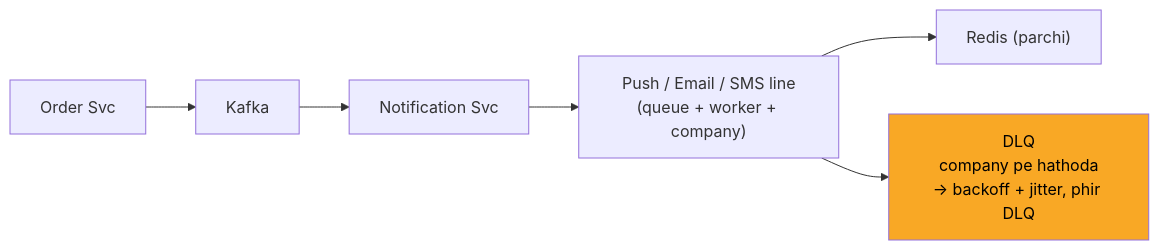
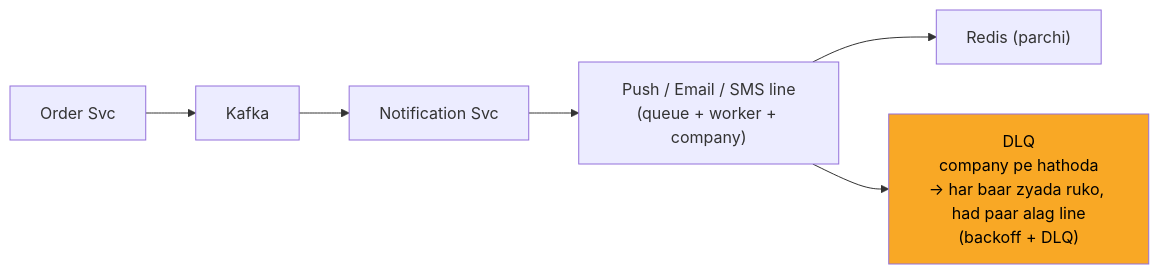
Before and after one commit to ArpanMaheshwari144/Prep: the sixth of 13 diagrams in 04_HLD/SYSTEM_DESIGNS/04_notification_system/04_notification_system.md, drawn with Mermaid. The commit also changed other lines of this file and 13 other files, not shown here.

````diff
--- a/04_HLD/SYSTEM_DESIGNS/04_notification_system/04_notification_system.md
+++ b/04_HLD/SYSTEM_DESIGNS/04_notification_system/04_notification_system.md
@@ -231,15 +231,15 @@
 ```mermaid
 flowchart LR
     n_Order_Svc["Order Svc"]
     n_Kafka["Kafka"]
     n_Notification_Svc["Notification Svc"]
     n_LINES["Push / Email / SMS line<br/>(queue + worker + company)"]
     n_Redis["Redis (parchi)"]
-    n_DLQ["DLQ<br/>company pe hathoda<br/>-> backoff + jitter, phir DLQ"]
+    n_DLQ["DLQ<br/>company pe hathoda<br/>-> har baar zyada ruko, had paar alag line<br/>(backoff + DLQ)"]
     n_Order_Svc --> n_Kafka
     n_Kafka --> n_Notification_Svc
     n_Notification_Svc --> n_LINES
     n_LINES --> n_Redis
     n_LINES --> n_DLQ
     style n_DLQ fill:#f9a825,color:#000
 ```
````
